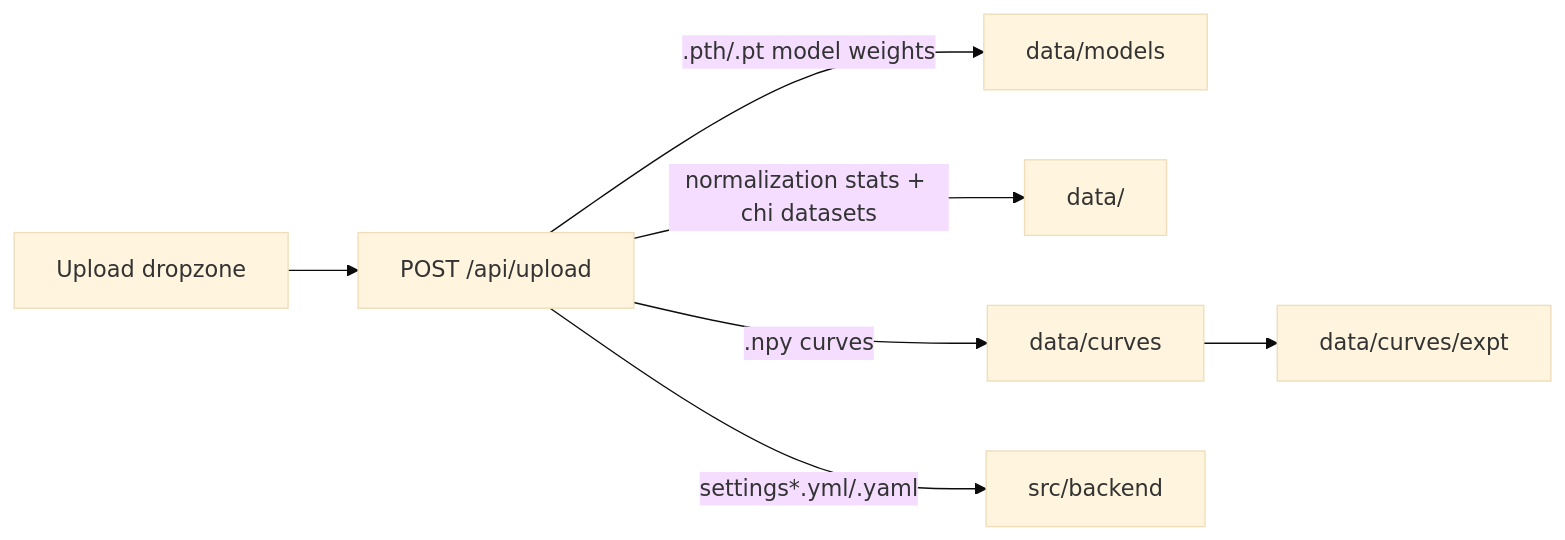
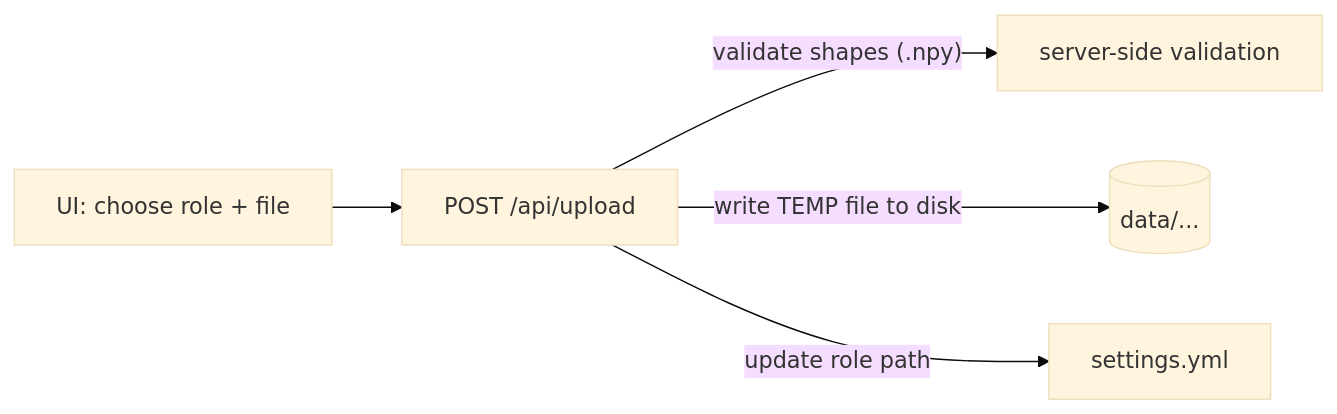
Before and after one commit to Northeastern-Research-ORNL-1/pyreflect-interface: the fourth of 10 diagrams in README.md, drawn with Mermaid (base theme). The commit also changed other lines of this file and 35 other files, not shown here.

````diff
--- a/README.md
+++ b/README.md
@@ -105,9 +121,7 @@
 ```mermaid
 flowchart LR
-  UI[Upload dropzone] --> API[POST /api/upload]
-  API -->|".pth/.pt model weights"| MODELS[data/models]
-  API -->|"normalization stats + chi datasets"| DATA[data/]
-  API -->|".npy curves"| CURVES[data/curves]
-  API -->|"settings*.yml/.yaml"| ROOT[src/backend]
-  CURVES --> EXPT[data/curves/expt]
+  UI[UI: choose role + file] --> API[POST /api/upload]
+  API -->|"validate shapes (.npy)"| VALID[server-side validation]
+  API -->|"write TEMP file to disk"| FS[(data/...)]
+  API -->|"update role path"| CFG[settings.yml]
 ```
````
